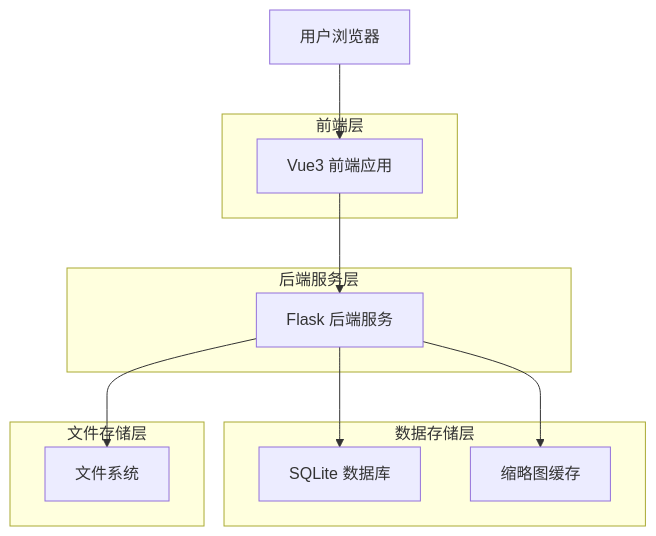
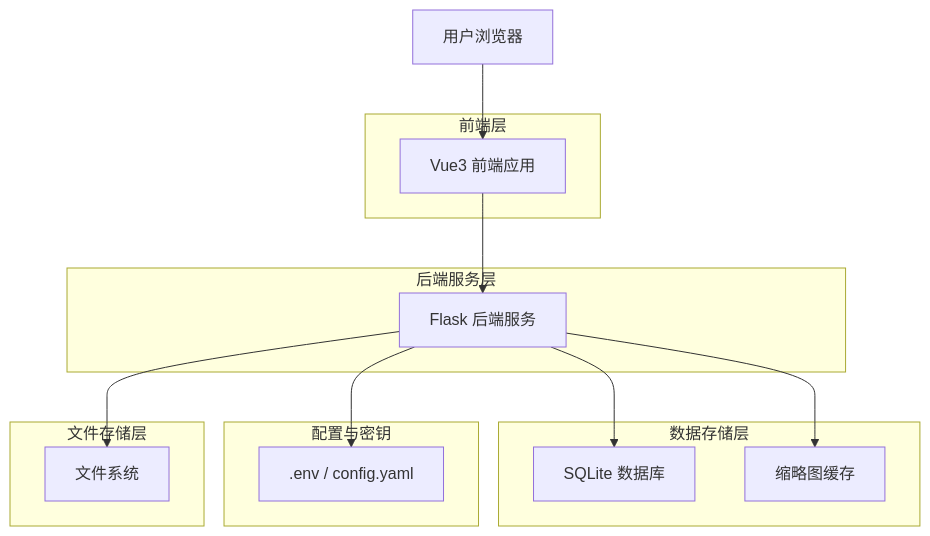
One commit to Yoyzhao/PictureWeb changed the first of 5 diagrams in docs/tech/PictureWeb技术架构文档.md. Above: the diagram before and after it, drawn with Mermaid. The commit also changed other lines of this file and 31 other files, not shown here.

````diff
--- a/docs/tech/PictureWeb技术架构文档.md
+++ b/docs/tech/PictureWeb技术架构文档.md
@@ -5,25 +5,30 @@
 ```mermaid
 graph TD
     A[用户浏览器] --> B[Vue3 前端应用]
     B --> C[Flask 后端服务]
     C --> D[SQLite 数据库]
     C --> E[文件系统]
     C --> F[缩略图缓存]
+    C --> G[.env / config.yaml]
     
     subgraph "前端层"
         B
     end
     
     subgraph "后端服务层"
         C
     end
     
     subgraph "数据存储层"
         D
         F
     end
     
+    subgraph "配置与密钥"
+        G
+    end
+
     subgraph "文件存储层"
         E
     end
 ```
````
